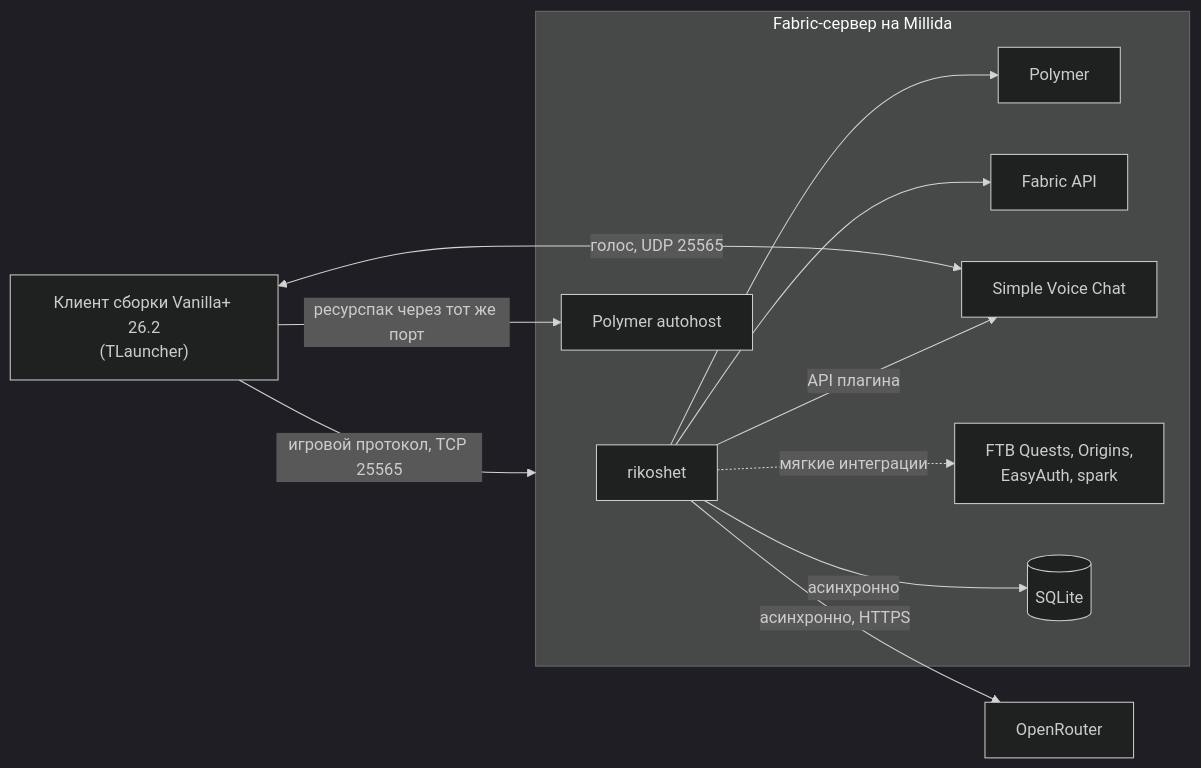
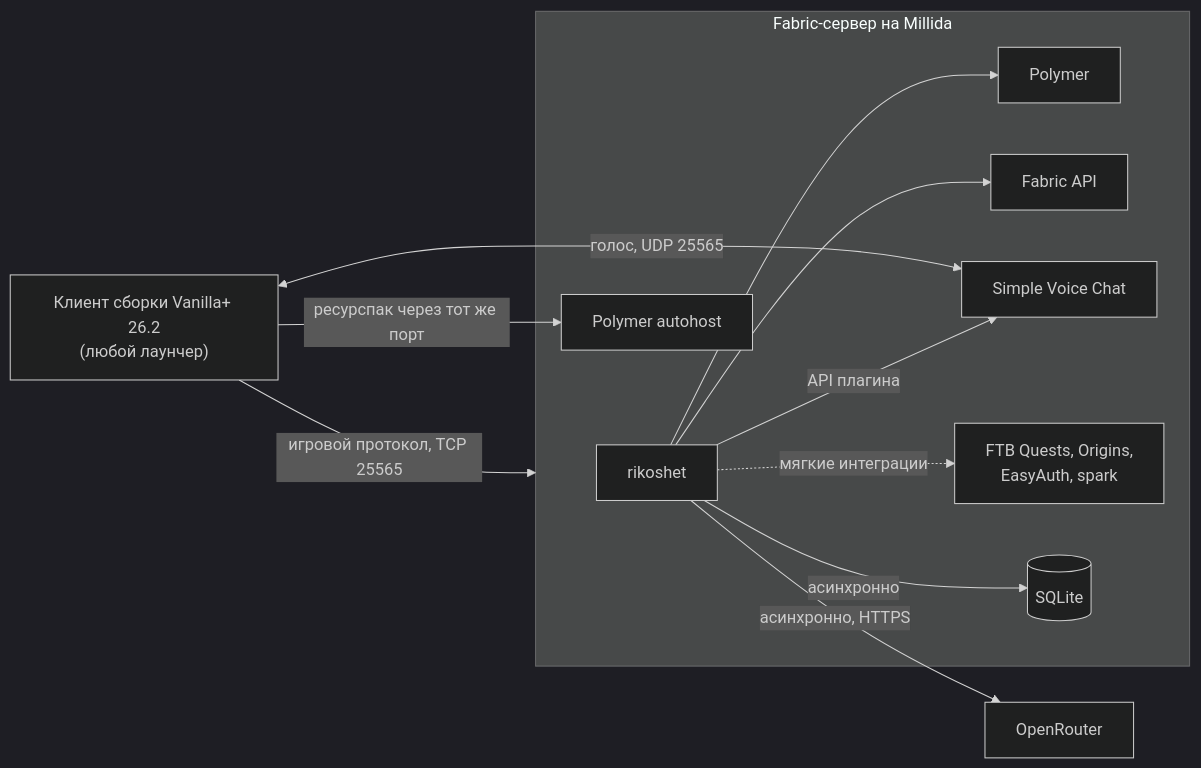
One commit to XetPy1030/rick-mod changed the first of 2 diagrams in docs/architecture/overview.md. Above: the diagram before and after it, drawn with Mermaid (dark theme). The commit also changed 11 other files, not shown here.

````diff
--- a/docs/architecture/overview.md
+++ b/docs/architecture/overview.md
@@ -7,24 +7,24 @@
 ```mermaid
 flowchart LR
-    Client["Клиент сборки Vanilla+ 26.2<br/>(TLauncher)"]
+    Client["Клиент сборки Vanilla+ 26.2<br/>(любой лаунчер)"]
     subgraph Server["Fabric-сервер на Millida"]
         Mod["rikoshet"]
         Polymer["Polymer"]
         Autohost["Polymer autohost"]
         FAPI["Fabric API"]
         VC["Simple Voice Chat"]
         Others["FTB Quests, Origins,<br/>EasyAuth, spark"]
         DB[("SQLite")]
     end
     AI["OpenRouter"]
 
     Client -- "игровой протокол, TCP 25565" --> Server
     Client -- "ресурспак через тот же порт" --> Autohost
     Client <-- "голос, UDP 25565" --> VC
     Mod --> Polymer
     Mod --> FAPI
     Mod -- "API плагина" --> VC
     Mod -. "мягкие интеграции" .-> Others
     Mod -- "асинхронно" --> DB
     Mod -- "асинхронно, HTTPS" --> AI
 ```
````
